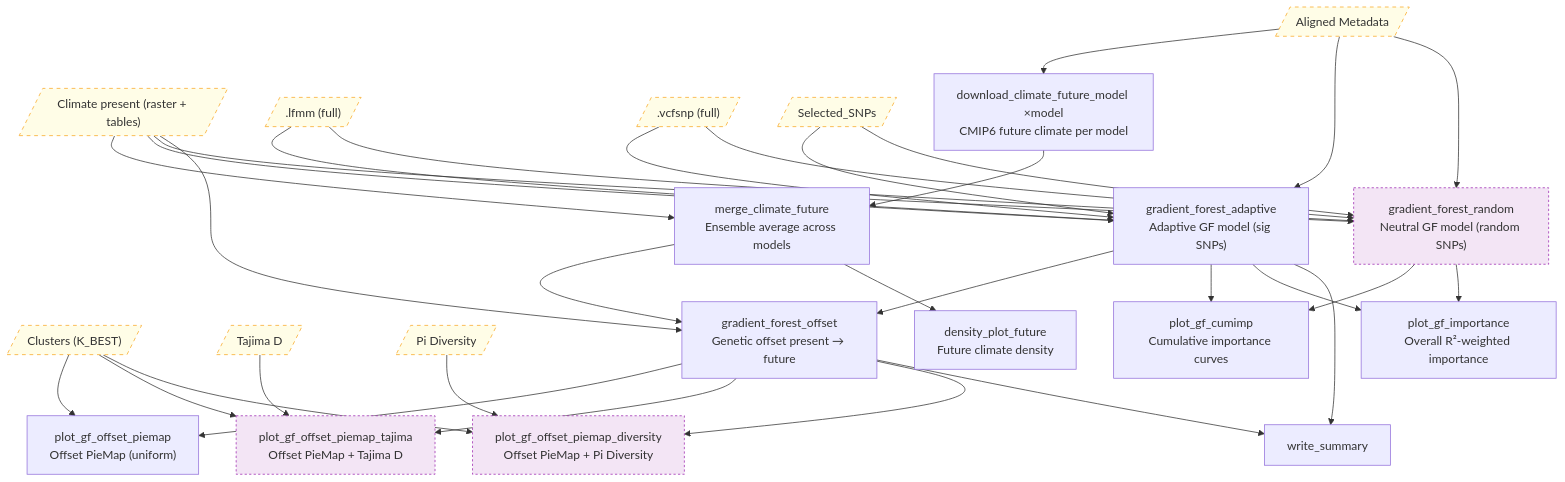
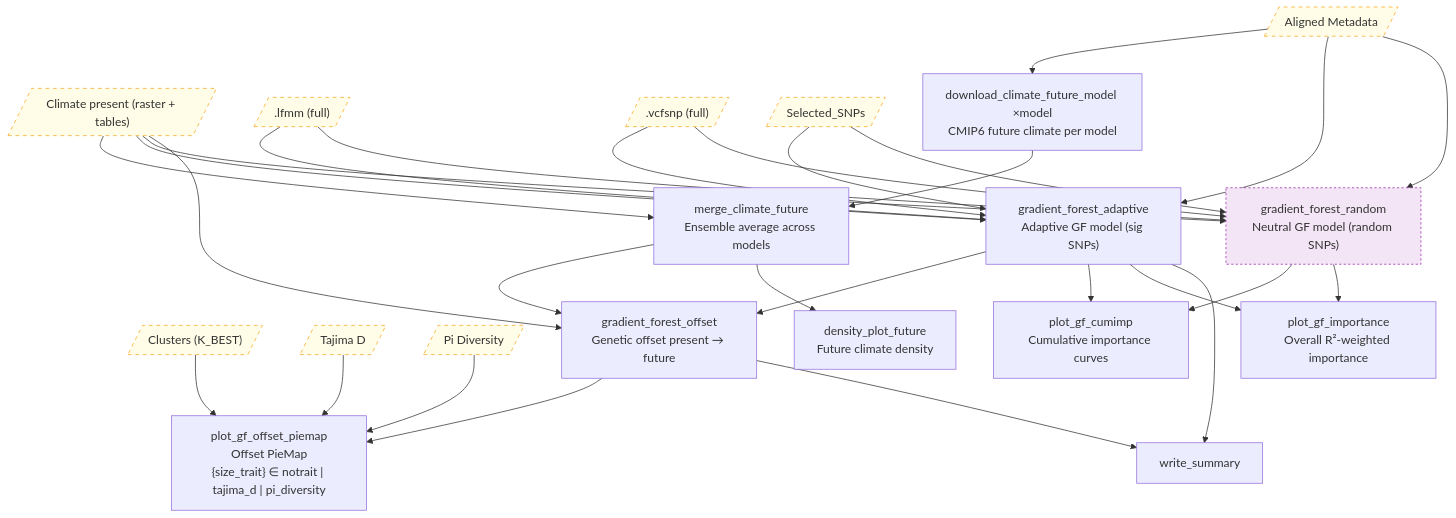
The ninth of 11 diagrams in docs/pipeline_dag.md (hubner-lab/ADAPTOGENE), drawn with Mermaid before and after one commit. The commit also changed other lines of this file and 4 other files, not shown here.

````diff
--- a/docs/pipeline_dag.md
+++ b/docs/pipeline_dag.md
@@ -415,41 +415,39 @@
 ```mermaid
 flowchart TB
     classDef data fill:#FFFDE7,stroke:#F9A825,color:#333,stroke-dasharray:5 5
     classDef optional fill:#F3E5F5,stroke:#9C27B0,color:#333,stroke-dasharray:3 3
 
     META[/"Aligned Metadata"/]:::data
     CLIMATE[/"Climate present (raster + tables)"/]:::data
     LFMM_FULL[/".lfmm (full)"/]:::data
     VCFSNP[/".vcfsnp (full)"/]:::data
     SIG_SNPS[/"Selected_SNPs"/]:::data
     CLUST[/"Clusters (K_BEST)"/]:::data
     TAJIMA[/"Tajima D"/]:::data
     PI[/"Pi Diversity"/]:::data
 
     dl_future["download_climate_future_model ×model\nCMIP6 future climate per model"]
     merge["merge_climate_future\nEnsemble average across models"]
     gf_adapt["gradient_forest_adaptive\nAdaptive GF model (sig SNPs)"]
     gf_random["gradient_forest_random\nNeutral GF model (random SNPs)"]:::optional
     offset["gradient_forest_offset\nGenetic offset present → future"]
     cumimp["plot_gf_cumimp\nCumulative importance curves"]
     importance["plot_gf_importance\nOverall R²-weighted importance"]
-    piemap_go["plot_gf_offset_piemap\nOffset PieMap (uniform)"]
-    piemap_taj["plot_gf_offset_piemap_tajima\nOffset PieMap + Tajima D"]:::optional
-    piemap_pi["plot_gf_offset_piemap_diversity\nOffset PieMap + Pi Diversity"]:::optional
+    piemap["plot_gf_offset_piemap\nOffset PieMap\n{size_trait} ∈ notrait | tajima_d | pi_diversity"]
     density_f["density_plot_future\nFuture climate density"]
     summary["write_summary"]
 
     META --> dl_future --> merge
     CLIMATE --> merge & gf_adapt & gf_random & offset
     LFMM_FULL & VCFSNP --> gf_adapt & gf_random
     SIG_SNPS --> gf_adapt & gf_random
     META --> gf_adapt & gf_random
     gf_adapt --> offset & cumimp & importance
     gf_random --> cumimp & importance
     merge --> offset & density_f
-    offset --> piemap_go & piemap_taj & piemap_pi
-    CLUST --> piemap_go & piemap_taj & piemap_pi
-    TAJIMA --> piemap_taj
-    PI --> piemap_pi
+    offset --> piemap
+    CLUST --> piemap
+    TAJIMA --> piemap
+    PI --> piemap
     gf_adapt & offset --> summary
 ```
````
